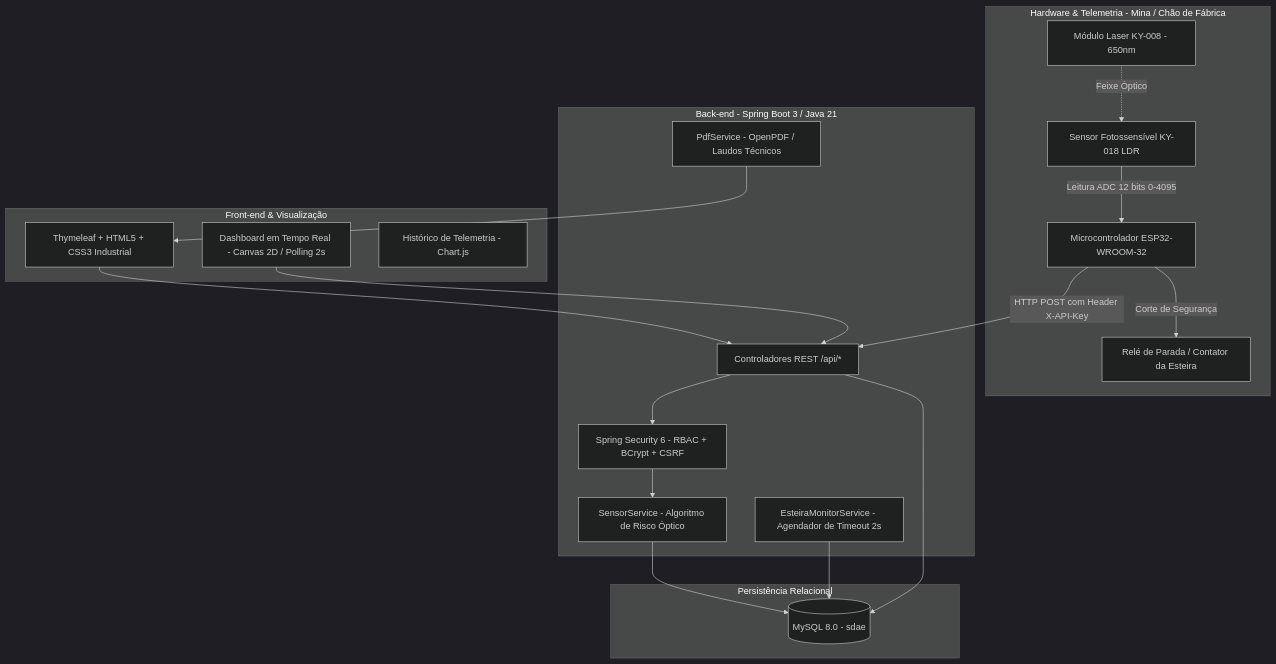
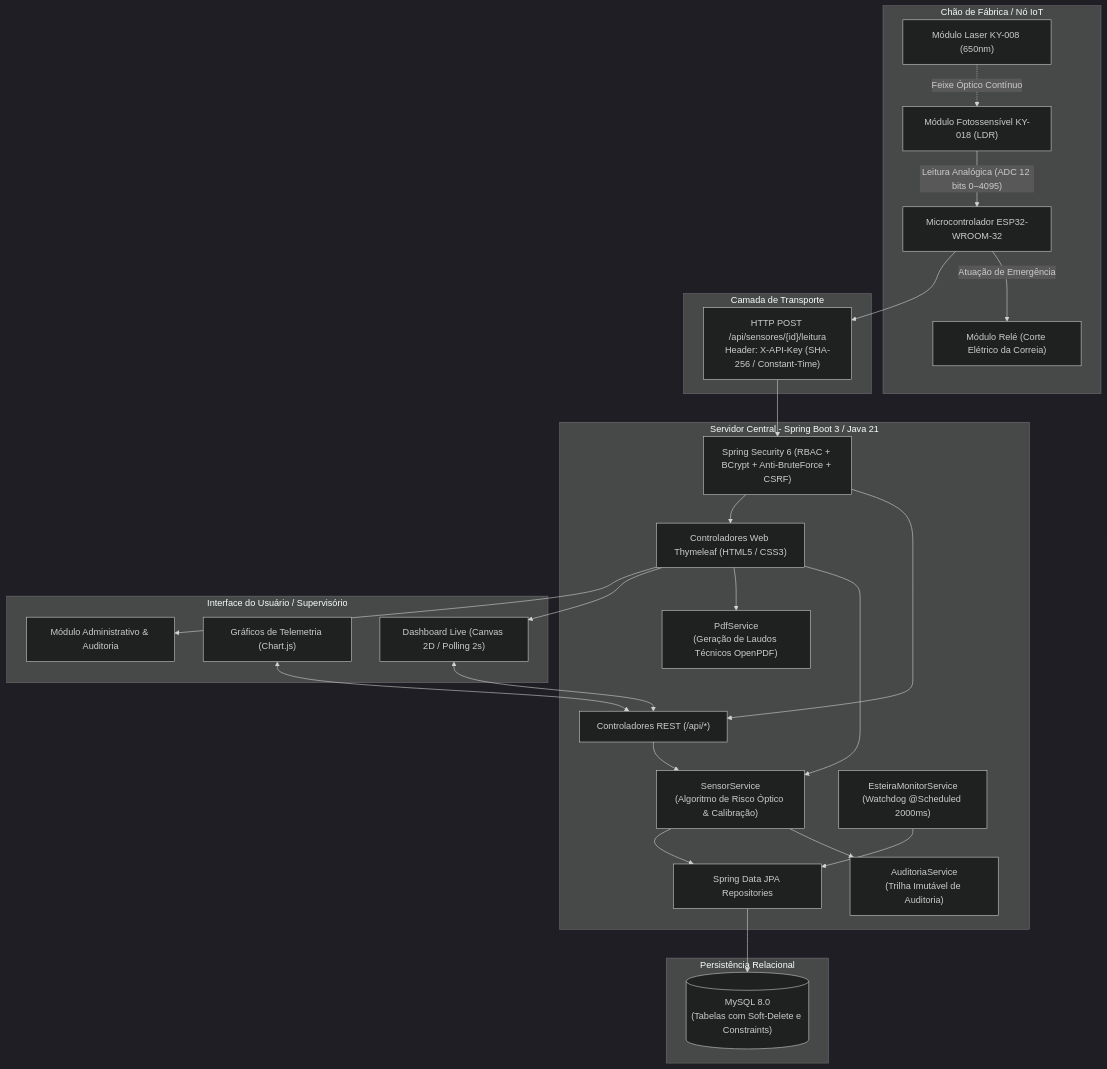
The first of 2 diagrams in README.md (Dev-SdaeEsteira/Sistema-de-monitoramento-de-esteiras), drawn with Mermaid (dark theme) before and after one commit. The commit also changed other lines of this file, not shown here.

Commit message:
docs: atualizar README completo de acordo com o projeto SDAE

````diff
--- a/README.md
+++ b/README.md
@@ -9,40 +51,58 @@
 ```mermaid
-graph TD
-    subgraph IoT_Hardware [Hardware & Telemetria - Mina / Chão de Fábrica]
-        ESP32[Microcontrolador ESP32-WROOM-32]
-        Laser[Módulo Laser KY-008 - 650nm]
-        LDR[Sensor Fotossensível KY-018 LDR]
-        Rele[Relé de Parada / Contator da Esteira]
-        Laser -.->|Feixe Óptico| LDR
-        LDR -->|Leitura ADC 12 bits 0-4095| ESP32
-        ESP32 -->|Corte de Segurança| Rele
+flowchart TD
+    subgraph IoT_Hardware ["Chão de Fábrica / Nó IoT"]
+        ESP32["Microcontrolador ESP32-WROOM-32"]
+        Laser["Módulo Laser KY-008 (650nm)"]
+        LDR["Módulo Fotossensível KY-018 (LDR)"]
+        Rele["Módulo Relé (Corte Elétrico da Correia)"]
+        
+        Laser -.->|"Feixe Óptico Contínuo"| LDR
+        LDR -->|"Leitura Analógica (ADC 12 bits 0–4095)"| ESP32
+        ESP32 -->|"Atuação de Emergência"| Rele
     end
 
-    subgraph Backend_App [Back-end - Spring Boot 3 / Java 21]
-        Security[Spring Security 6 - RBAC + BCrypt + CSRF]
-        RestAPI[Controladores REST /api/*]
-        MonitorSvc[EsteiraMonitorService - Agendador de Timeout 2s]
-        SensorSvc[SensorService - Algoritmo de Risco Óptico]
-        PdfSvc[PdfService - OpenPDF / Laudos Técnicos]
+    subgraph Network_Protocol ["Camada de Transporte"]
+        HTTP_POST["HTTP POST /api/sensores/{id}/leitura\nHeader: X-API-Key (SHA-256 / Constant-Time)"]
     end
 
-    subgraph Database [Persistência Relacional]
-        MySQL[(MySQL 8.0 - sdae)]
+    subgraph Backend_App ["Servidor Central - Spring Boot 3 / Java 21"]
+        Security["Spring Security 6 (RBAC + BCrypt + Anti-BruteForce + CSRF)"]
+        RestControllers["Controladores REST (/api/*)"]
+        WebControllers["Controladores Web Thymeleaf (HTML5 / CSS3)"]
+        
+        SensorService["SensorService\n(Algoritmo de Risco Óptico & Calibração)"]
+        EsteiraMonitor["EsteiraMonitorService\n(Watchdog @Scheduled 2000ms)"]
+        AuditoriaService["AuditoriaService\n(Trilha Imutável de Auditoria)"]
+        PdfService["PdfService\n(Geração de Laudos Técnicos OpenPDF)"]
+        
+        Repositories["Spring Data JPA Repositories"]
     end
 
-    subgraph Frontend_App [Front-end & Visualização]
-        Thymeleaf[Thymeleaf + HTML5 + CSS3 Industrial]
-        DashboardJS[Dashboard em Tempo Real - Canvas 2D / Polling 2s]
-        ChartJS[Histórico de Telemetria - Chart.js]
+    subgraph Database ["Persistência Relacional"]
+        MySQL[("MySQL 8.0\n(Tabelas com Soft-Delete e Constraints)")]
     end
 
-    ESP32 -->|HTTP POST com Header X-API-Key| RestAPI
-    RestAPI --> Security
-    Security --> SensorSvc
-    SensorSvc --> MySQL
-    MonitorSvc --> MySQL
-    RestAPI --> MySQL
-    Thymeleaf --> RestAPI
-    DashboardJS --> RestAPI
-    PdfSvc --> Thymeleaf
+    subgraph Frontend_App ["Interface do Usuário / Supervisório"]
+        Dashboard["Dashboard Live (Canvas 2D / Polling 2s)"]
+        TelemetryCharts["Gráficos de Telemetria (Chart.js)"]
+        AdminAudit["Módulo Administrativo & Auditoria"]
+    end
+
+    ESP32 --> HTTP_POST
+    HTTP_POST --> Security
+    Security --> RestControllers
+    Security --> WebControllers
+
+    RestControllers --> SensorService
+    WebControllers --> SensorService
+    WebControllers --> PdfService
+    EsteiraMonitor --> Repositories
+    SensorService --> AuditoriaService
+    SensorService --> Repositories
+    Repositories --> MySQL
+
+    Dashboard <--> RestControllers
+    TelemetryCharts <--> RestControllers
+    WebControllers --> Dashboard
+    WebControllers --> AdminAudit
 ```
````
